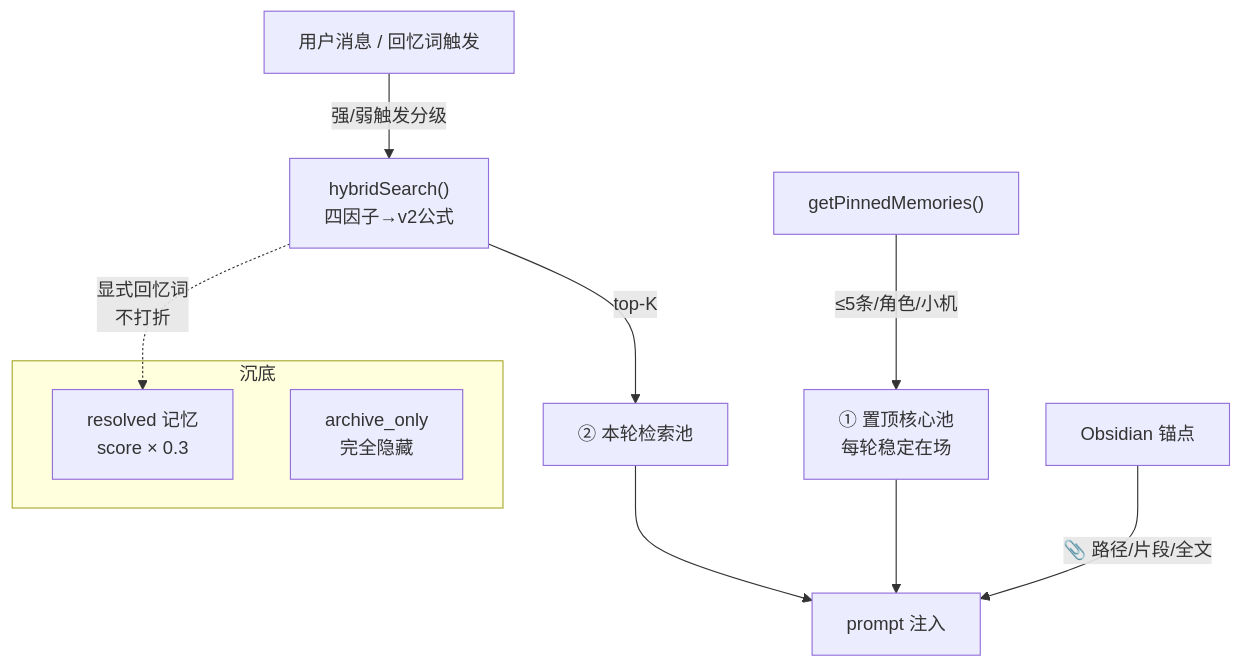
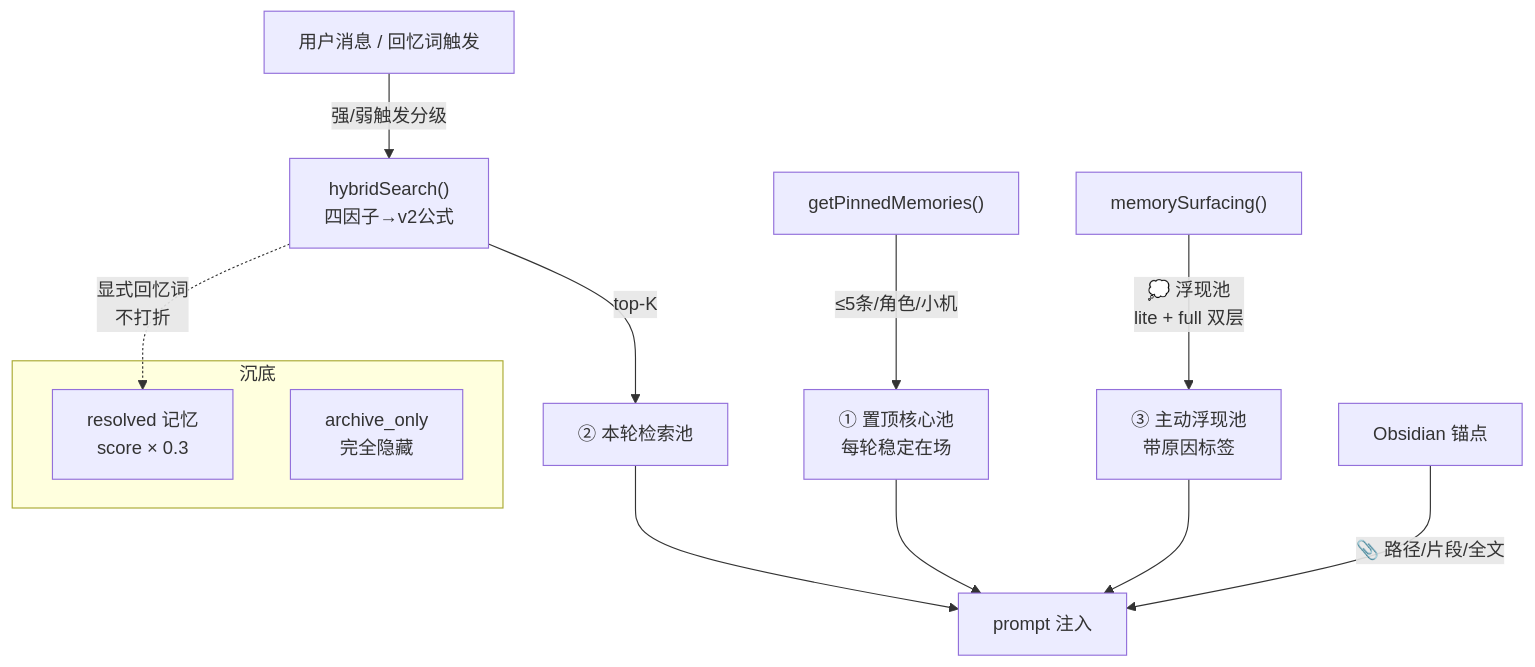
One commit to TAra93-1/AZOTH_mem changed the fourth of 6 diagrams in azoth_memory_system_anatomy.md. Above: the diagram before and after it, drawn with Mermaid. The commit also changed other lines of this file and 2 other files, not shown here.

Commit message:
docs: v5.2 对齐代码实际状态 — 补 7 张新表/7 个新服务/Blended召回/浮现池/证据链/灰度开关矩阵

````diff
--- a/azoth_memory_system_anatomy.md
+++ b/azoth_memory_system_anatomy.md
@@ -217,20 +334,23 @@
 ```mermaid
 flowchart TD
     Q["用户消息 / 回忆词触发"] --> |"强/弱触发分级"| HS["hybridSearch()<br/>四因子→v2公式"]
 
     HS --> |"top-K"| P2["② 本轮检索池"]
     
     PIN["getPinnedMemories()"] --> |"≤5条/角色/小机"| P1["① 置顶核心池<br/>每轮稳定在场"]
 
+    SURF["memorySurfacing()"] --> |"💭 浮现池<br/>lite + full 双层"| P3["③ 主动浮现池<br/>带原因标签"]
+
     P2 --> INJ["prompt 注入"]
     P1 --> INJ
+    P3 --> INJ
     
     OBS["Obsidian 锚点"] --> |"📎 路径/片段/全文"| INJ
 
     subgraph "沉底"
         RES["resolved 记忆<br/>score × 0.3"]
         ARC["archive_only<br/>完全隐藏"]
     end
 
     HS -.-> |"显式回忆词<br/>不打折"| RES
 ```
````
